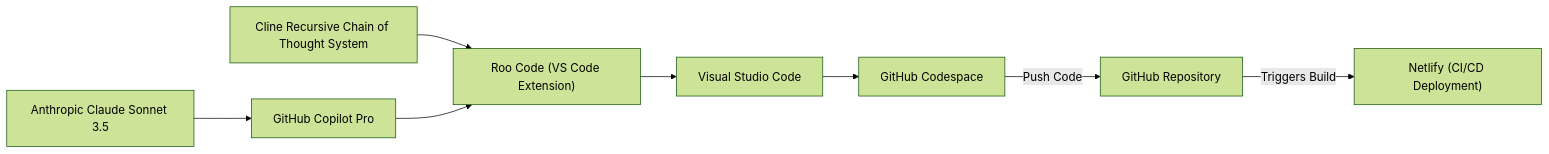
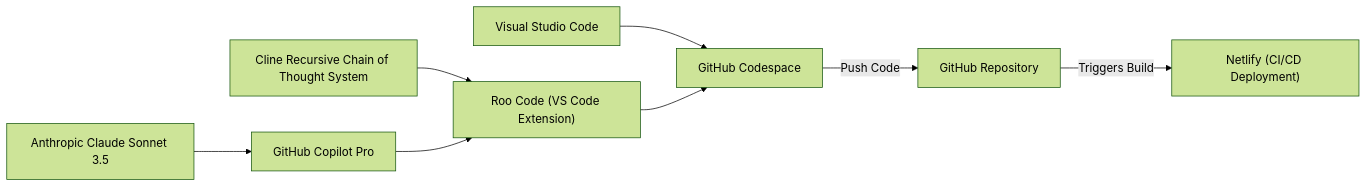
One commit to RickRinewalt/pipeline changed the diagram in README.md. Above: the diagram before and after it, drawn with Mermaid (forest theme).

````diff
--- a/README.md
+++ b/README.md
@@ -16,19 +16,19 @@
 ```mermaid
 graph LR
     A[Visual Studio Code]
     B[GitHub Codespace]
     C["GitHub Repository"]
     D["Roo Code (VS Code Extension)"]
     E["Cline Recursive Chain of Thought System"]
     F[GitHub Copilot Pro]
     G["Anthropic Claude Sonnet 3.5"]
     H["Netlify (CI/CD Deployment)"]
 
     A --> B
     B -->|Push Code| C
-    D --> A
+    D --> B
     E --> D
     F --> D
     G --> F
     C -->|Triggers Build| H
 ```
````
